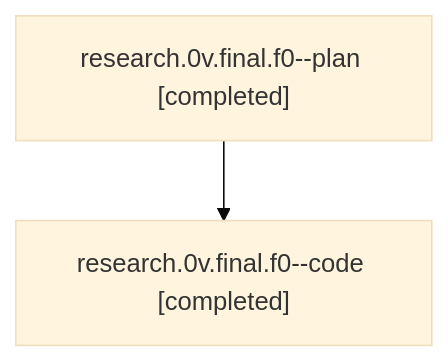
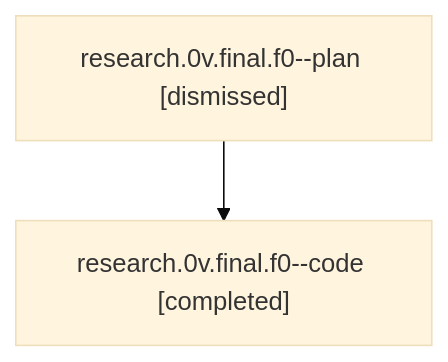
Before and after one commit to sase-org/sase--agents: the diagram in families/bbugyi200.athena.research.0v.final.f0.md, drawn with Mermaid (base theme). The commit also changed other lines of this file and 394 other files, not shown here.

````diff
--- a/families/bbugyi200.athena.research.0v.final.f0.md
+++ b/families/bbugyi200.athena.research.0v.final.f0.md
@@ -9,6 +9,6 @@
 ```mermaid
 flowchart TD
-  n0["research.0v.final.f0--plan [completed]"]
+  n0["research.0v.final.f0--plan [dismissed]"]
   n1["research.0v.final.f0--code [completed]"]
   n0 --> n1
 ```
````
